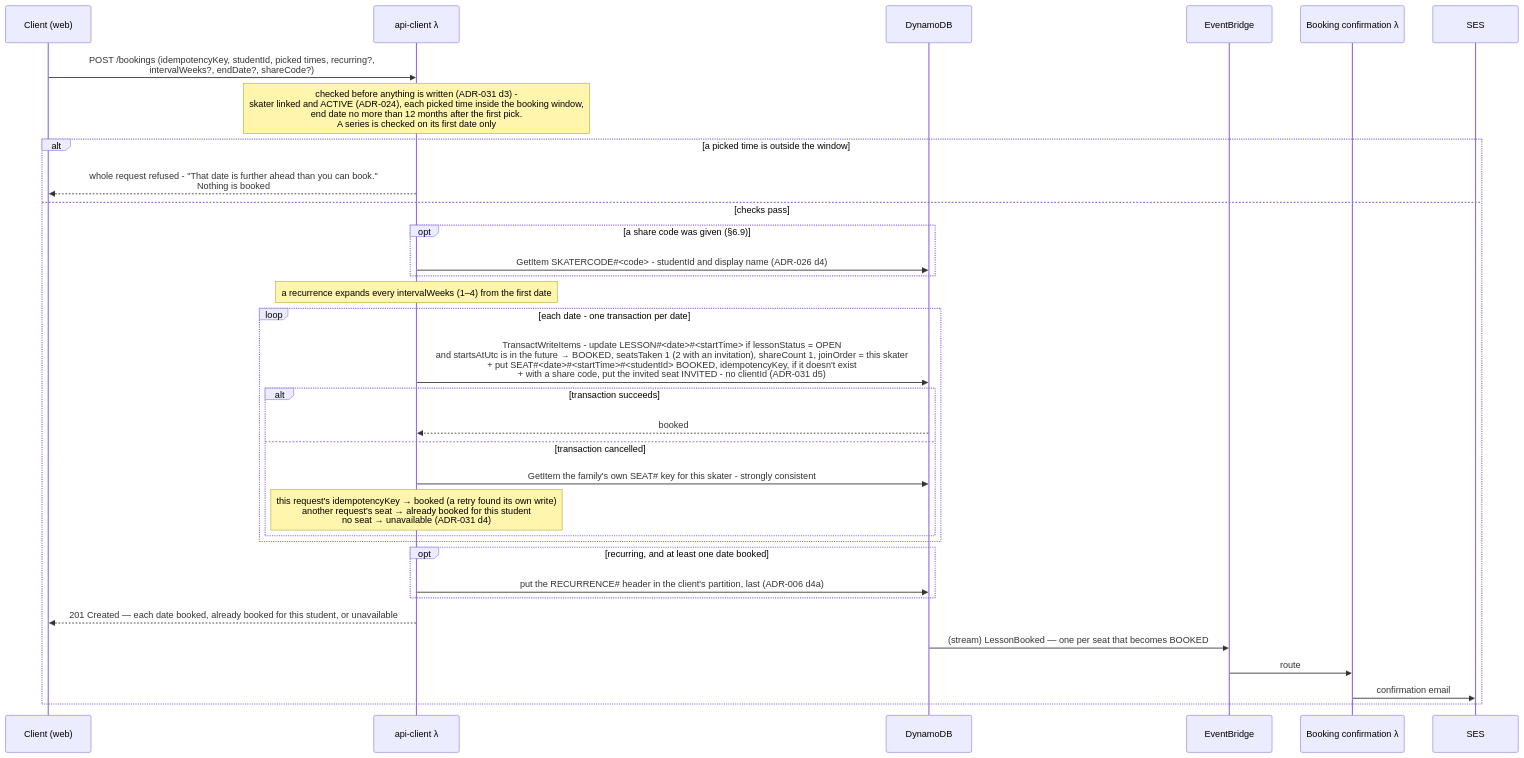
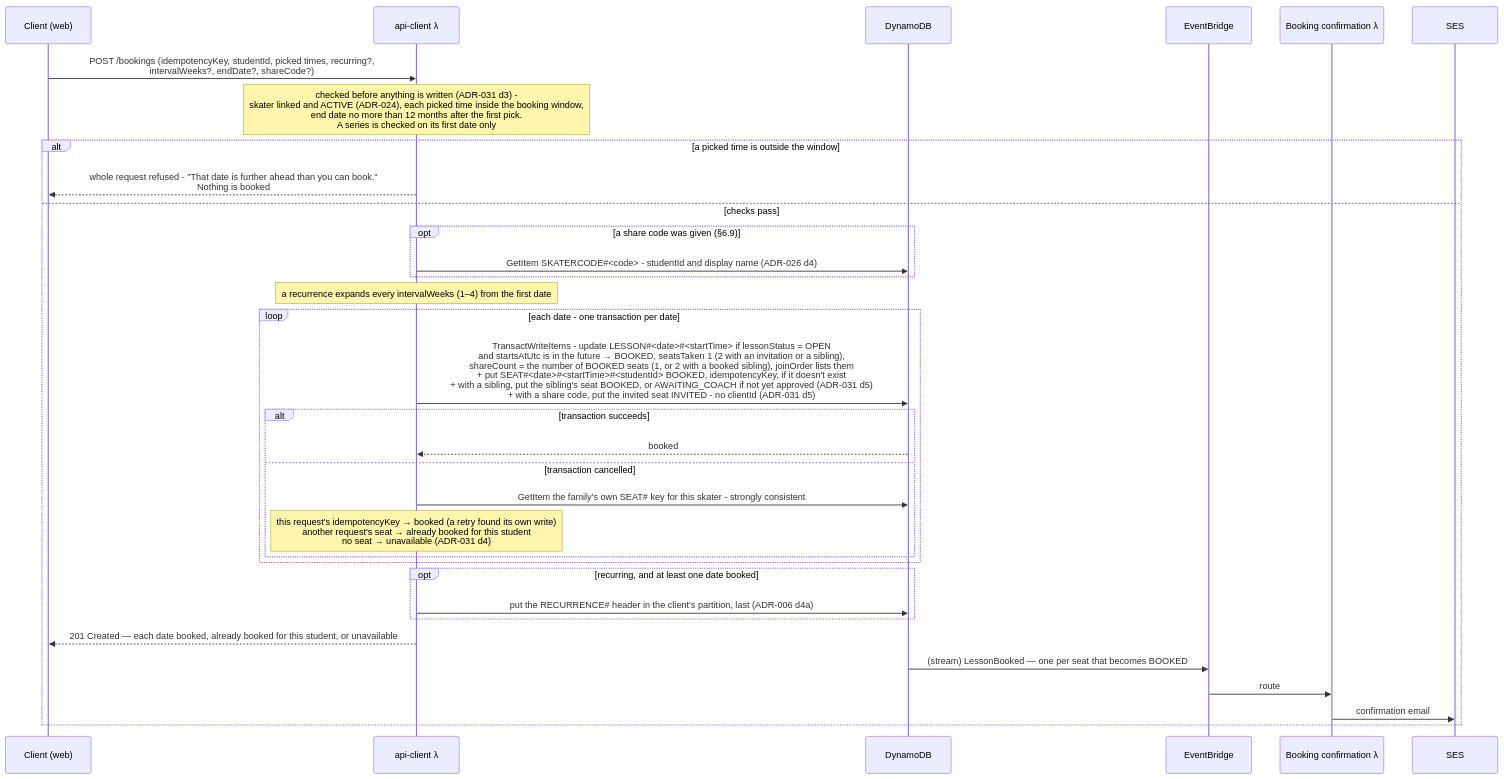
Before and after one commit to jessicamvega6/bladebook: the ninth of 28 diagrams in docs/architecture.md, drawn with Mermaid. The commit also changed other lines of this file and 30 other files, not shown here.

````diff
--- a/docs/architecture.md
+++ b/docs/architecture.md
@@ -773,35 +773,35 @@
 ```mermaid
 sequenceDiagram
     participant P as Client (web)
     participant API as api-client λ
     participant DB as DynamoDB
     participant Bus as EventBridge
     participant Cf as Booking confirmation λ
     participant SES as SES
     P->>API: POST /bookings (idempotencyKey, studentId, picked times, recurring?,<br/>intervalWeeks?, endDate?, shareCode?)
     Note over API: checked before anything is written (ADR-031 d3) -<br/>skater linked and ACTIVE (ADR-024), each picked time inside the booking window,<br/>end date no more than 12 months after the first pick.<br/>A series is checked on its first date only
     alt a picked time is outside the window
         API-->>P: whole request refused - "That date is further ahead than you can book."<br/>Nothing is booked
     else checks pass
         opt a share code was given (§6.9)
             API->>DB: GetItem SKATERCODE#35;<code> - studentId and display name (ADR-026 d4)
         end
         Note over API: a recurrence expands every intervalWeeks (1–4) from the first date
         loop each date - one transaction per date
-            API->>DB: TransactWriteItems - update LESSON#35;<date>#35;<startTime> if lessonStatus = OPEN<br/>and startsAtUtc is in the future → BOOKED, seatsTaken 1 (2 with an invitation), shareCount 1, joinOrder = this skater<br/>+ put SEAT#35;<date>#35;<startTime>#35;<studentId> BOOKED, idempotencyKey, if it doesn't exist<br/>+ with a share code, put the invited seat INVITED - no clientId (ADR-031 d5)
+            API->>DB: TransactWriteItems - update LESSON#35;<date>#35;<startTime> if lessonStatus = OPEN<br/>and startsAtUtc is in the future → BOOKED, seatsTaken 1 (2 with an invitation or a sibling),<br/>shareCount = the number of BOOKED seats (1, or 2 with a booked sibling), joinOrder lists them<br/>+ put SEAT#35;<date>#35;<startTime>#35;<studentId> BOOKED, idempotencyKey, if it doesn't exist<br/>+ with a sibling, put the sibling's seat BOOKED, or AWAITING_COACH if not yet approved (ADR-031 d5)<br/>+ with a share code, put the invited seat INVITED - no clientId (ADR-031 d5)
             alt transaction succeeds
                 DB-->>API: booked
             else transaction cancelled
                 API->>DB: GetItem the family's own SEAT#35; key for this skater - strongly consistent
                 Note over API: this request's idempotencyKey → booked (a retry found its own write)<br/>another request's seat → already booked for this student<br/>no seat → unavailable (ADR-031 d4)
             end
         end
         opt recurring, and at least one date booked
             API->>DB: put the RECURRENCE#35; header in the client's partition, last (ADR-006 d4a)
         end
         API-->>P: 201 Created — each date booked, already booked for this student, or unavailable
         DB->>Bus: (stream) LessonBooked — one per seat that becomes BOOKED
         Bus->>Cf: route
         Cf->>SES: confirmation email
     end
 ```
````
